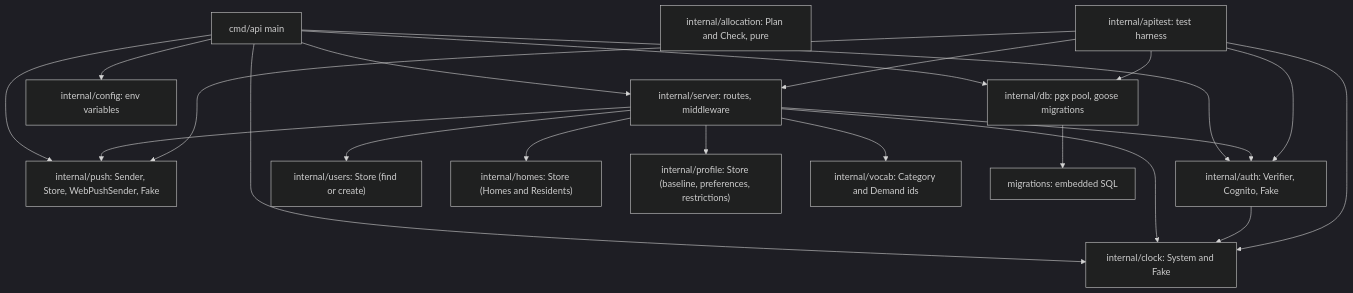
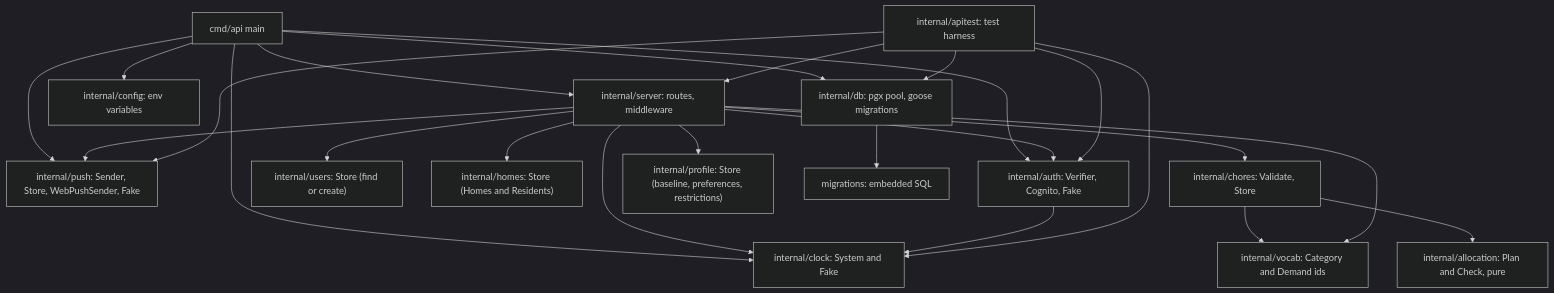
One commit to AbnerWillclefy/Homeowner changed the first of 3 diagrams in docs/architecture/backend.md. Above: the diagram before and after it, drawn with Mermaid (dark theme). The commit also changed other lines of this file and 1 other file, not shown here.

Commit message:
docs(architecture): describe chores and their routes

````diff
--- a/docs/architecture/backend.md
+++ b/docs/architecture/backend.md
@@ -16,38 +16,42 @@
 ```mermaid
 flowchart TD
     main["cmd/api main"]
     server["internal/server: routes, middleware"]
     config["internal/config: env variables"]
     db["internal/db: pgx pool, goose migrations"]
     clock["internal/clock: System and Fake"]
     push["internal/push: Sender, Store, WebPushSender, Fake"]
     auth["internal/auth: Verifier, Cognito, Fake"]
     users["internal/users: Store (find or create)"]
     homes["internal/homes: Store (Homes and Residents)"]
+    chores["internal/chores: Validate, Store"]
     profile["internal/profile: Store (baseline, preferences, restrictions)"]
     vocab["internal/vocab: Category and Demand ids"]
     mig["migrations: embedded SQL"]
     alloc["internal/allocation: Plan and Check, pure"]
     apitest["internal/apitest: test harness"]
 
     main --> config
     main --> db
     main --> server
     main --> clock
     main --> push
     main --> auth
     server --> clock
     server --> push
     server --> auth
     server --> users
     server --> homes
     server --> profile
+    server --> chores
+    chores --> vocab
+    chores --> alloc
     server --> vocab
     auth --> clock
     apitest --> push
     apitest --> auth
     db --> mig
     apitest --> server
     apitest --> db
     apitest --> clock
 ```
````
